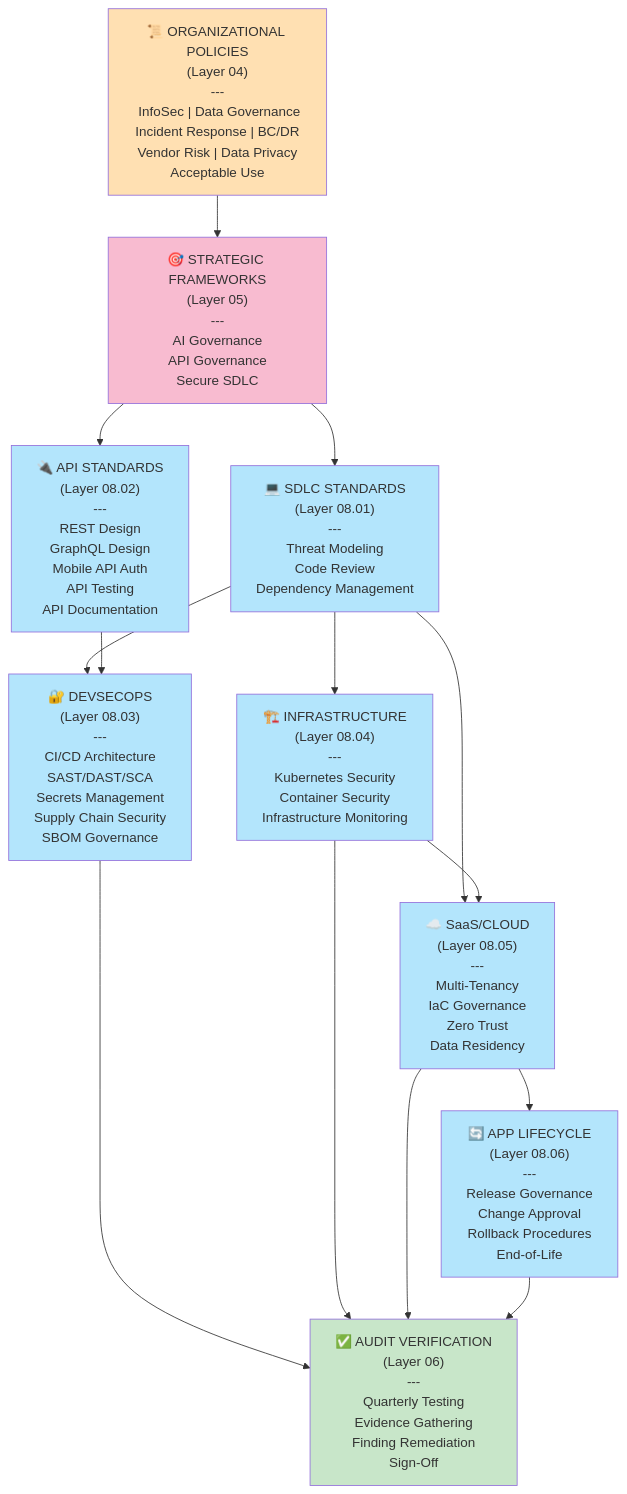
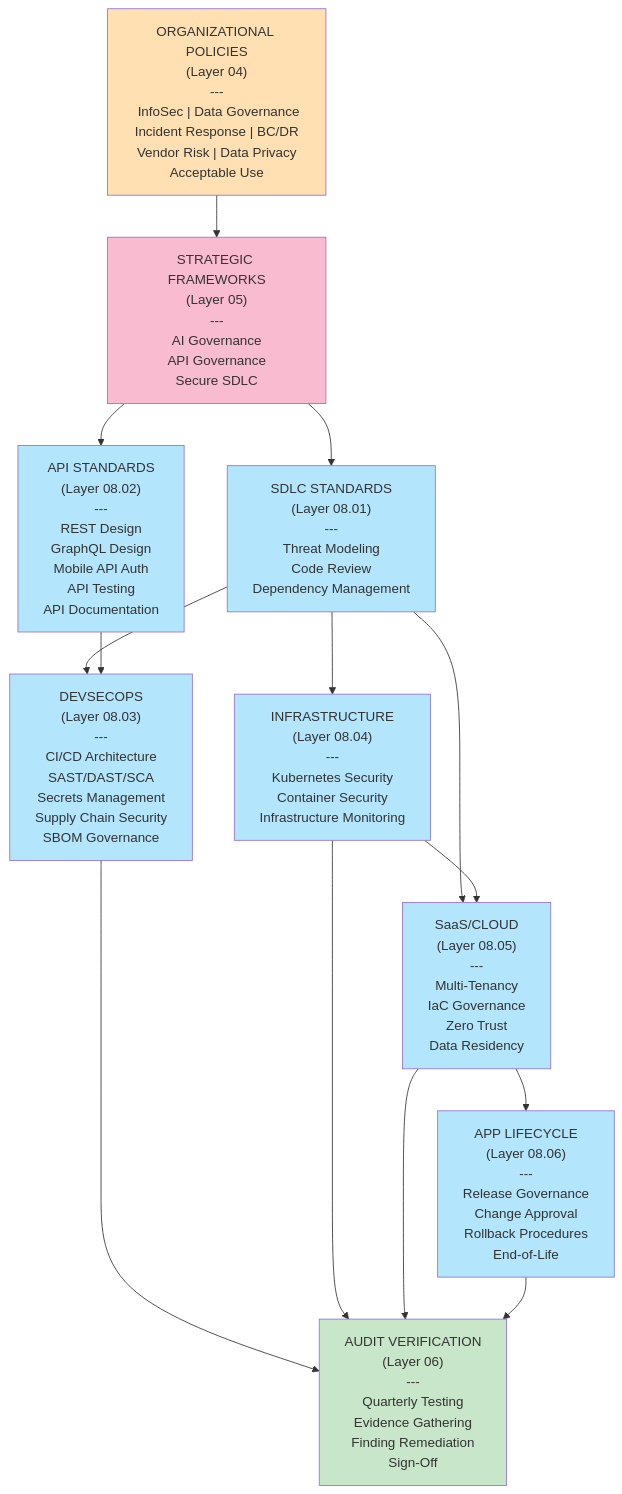
The third of 5 diagrams in ARCHITECTURE_AND_NAVIGATION.md (tariqsaidofficial/eatgf-framework), drawn with Mermaid before and after one commit. The commit also changed other lines of this file and 93 other files, not shown here.

First line of the commit message:
feat: Add Infrastructure Framework Profiles and update documentation

````diff
--- a/ARCHITECTURE_AND_NAVIGATION.md
+++ b/ARCHITECTURE_AND_NAVIGATION.md
@@ -101,45 +101,45 @@
 ```mermaid
 graph TD
-    POLICY["📜 ORGANIZATIONAL POLICIES<br/>(Layer 04)<br/>---<br/> InfoSec | Data Governance<br/>Incident Response | BC/DR<br/>Vendor Risk | Data Privacy<br/>Acceptable Use"]
+    POLICY[" ORGANIZATIONAL POLICIES<br/>(Layer 04)<br/>---<br/> InfoSec | Data Governance<br/>Incident Response | BC/DR<br/>Vendor Risk | Data Privacy<br/>Acceptable Use"]
     
-    FRAMEWORK["🎯 STRATEGIC FRAMEWORKS<br/>(Layer 05)<br/>---<br/>AI Governance<br/>API Governance<br/>Secure SDLC"]
+    FRAMEWORK[" STRATEGIC FRAMEWORKS<br/>(Layer 05)<br/>---<br/>AI Governance<br/>API Governance<br/>Secure SDLC"]
     
-    SDLC["💻 SDLC STANDARDS<br/>(Layer 08.01)<br/>---<br/>Threat Modeling<br/>Code Review<br/>Dependency Management"]
+    SDLC[" SDLC STANDARDS<br/>(Layer 08.01)<br/>---<br/>Threat Modeling<br/>Code Review<br/>Dependency Management"]
     
-    API_STD["🔌 API STANDARDS<br/>(Layer 08.02)<br/>---<br/>REST Design<br/>GraphQL Design<br/>Mobile API Auth<br/>API Testing<br/>API Documentation"]
+    API_STD[" API STANDARDS<br/>(Layer 08.02)<br/>---<br/>REST Design<br/>GraphQL Design<br/>Mobile API Auth<br/>API Testing<br/>API Documentation"]
     
-    DEVSECOPS["🔐 DEVSECOPS<br/>(Layer 08.03)<br/>---<br/>CI/CD Architecture<br/>SAST/DAST/SCA<br/>Secrets Management<br/>Supply Chain Security<br/>SBOM Governance"]
+    DEVSECOPS[" DEVSECOPS<br/>(Layer 08.03)<br/>---<br/>CI/CD Architecture<br/>SAST/DAST/SCA<br/>Secrets Management<br/>Supply Chain Security<br/>SBOM Governance"]
     
-    INFRA["🏗️ INFRASTRUCTURE<br/>(Layer 08.04)<br/>---<br/>Kubernetes Security<br/>Container Security<br/>Infrastructure Monitoring"]
+    INFRA[" INFRASTRUCTURE<br/>(Layer 08.04)<br/>---<br/>Kubernetes Security<br/>Container Security<br/>Infrastructure Monitoring"]
     
-    SAAS["☁️ SaaS/CLOUD<br/>(Layer 08.05)<br/>---<br/>Multi-Tenancy<br/>IaC Governance<br/>Zero Trust<br/>Data Residency"]
+    SAAS[" SaaS/CLOUD<br/>(Layer 08.05)<br/>---<br/>Multi-Tenancy<br/>IaC Governance<br/>Zero Trust<br/>Data Residency"]
     
-    LIFECYCLE["🔄 APP LIFECYCLE<br/>(Layer 08.06)<br/>---<br/>Release Governance<br/>Change Approval<br/>Rollback Procedures<br/>End-of-Life"]
+    LIFECYCLE[" APP LIFECYCLE<br/>(Layer 08.06)<br/>---<br/>Release Governance<br/>Change Approval<br/>Rollback Procedures<br/>End-of-Life"]
     
-    AUDIT["✅ AUDIT VERIFICATION<br/>(Layer 06)<br/>---<br/>Quarterly Testing<br/>Evidence Gathering<br/>Finding Remediation<br/>Sign-Off"]
+    AUDIT[" AUDIT VERIFICATION<br/>(Layer 06)<br/>---<br/>Quarterly Testing<br/>Evidence Gathering<br/>Finding Remediation<br/>Sign-Off"]
     
     POLICY --> FRAMEWORK
     FRAMEWORK --> SDLC
     FRAMEWORK --> API_STD
     SDLC --> DEVSECOPS
     SDLC --> INFRA
     SDLC --> SAAS
     SAAS --> LIFECYCLE
     API_STD --> DEVSECOPS
     INFRA --> SAAS
     
     DEVSECOPS --> AUDIT
     INFRA --> AUDIT
     SAAS --> AUDIT
     LIFECYCLE --> AUDIT
     
     style POLICY fill:#ffe0b2
     style FRAMEWORK fill:#f8bbd0
     style SDLC fill:#b3e5fc
     style API_STD fill:#b3e5fc
     style DEVSECOPS fill:#b3e5fc
     style INFRA fill:#b3e5fc
     style SAAS fill:#b3e5fc
     style LIFECYCLE fill:#b3e5fc
     style AUDIT fill:#c8e6c9
 ```
````
